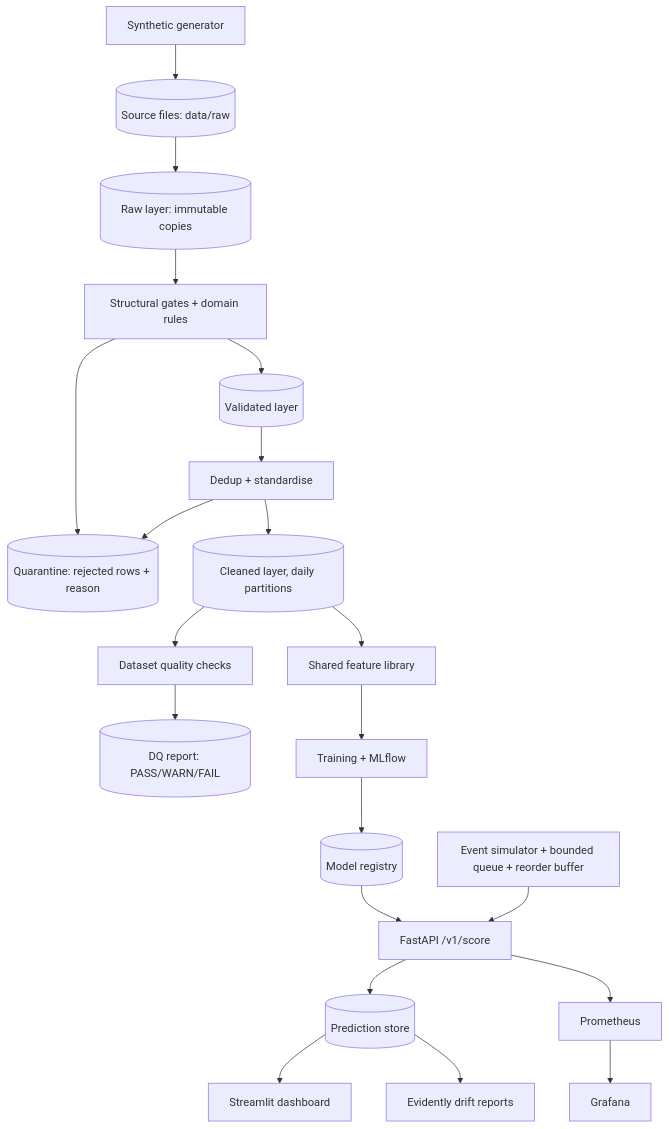
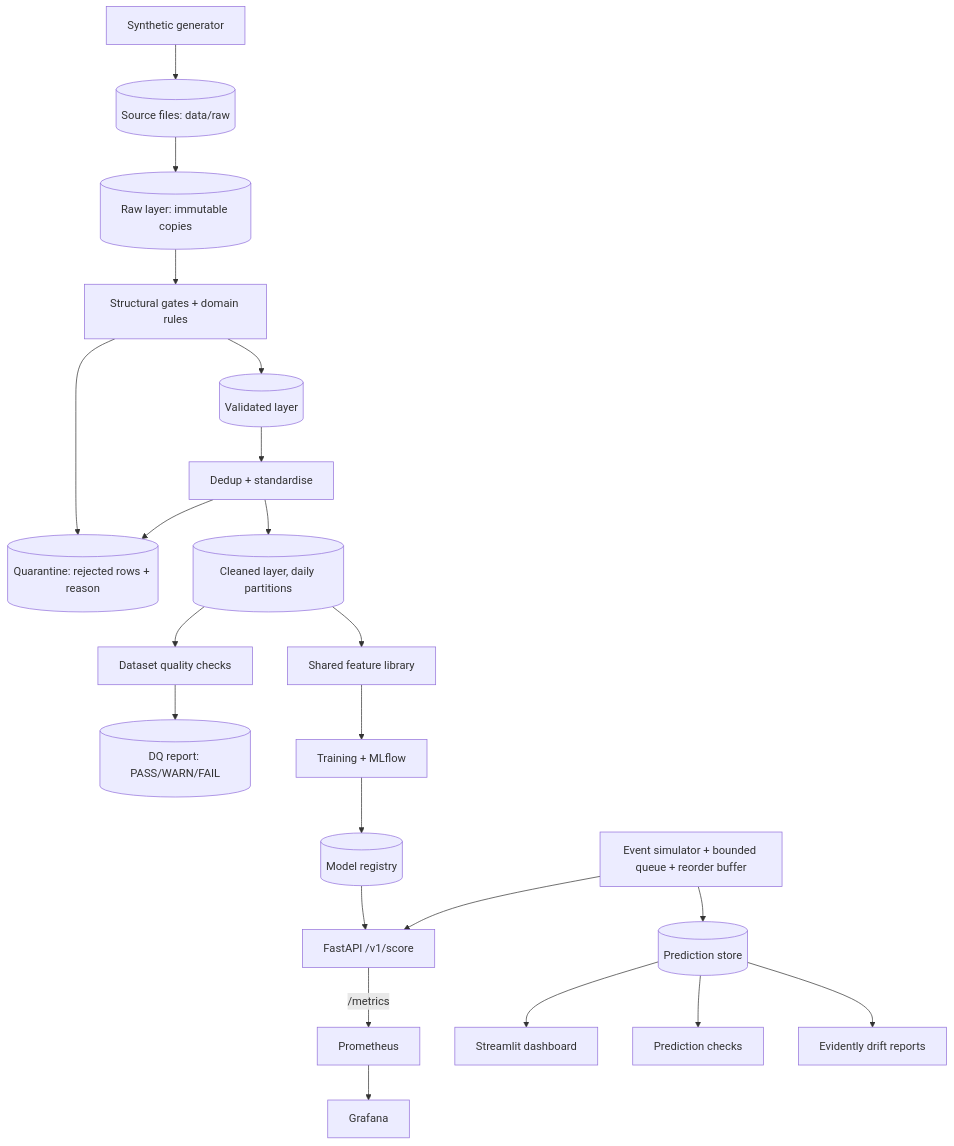
Before and after one commit to Chendy1/mobile-money-fraud-detection-platform: the diagram in docs/architecture.md, drawn with Mermaid. The commit also changed other lines of this file and 10 other files, not shown here.

````diff
--- a/docs/architecture.md
+++ b/docs/architecture.md
@@ -7,22 +7,23 @@
 ```mermaid
 flowchart TB
   G[Synthetic generator] --> L[(Source files: data/raw)]
   L --> RW[(Raw layer: immutable copies)]
   RW --> V[Structural gates + domain rules]
   V --> Q[(Quarantine: rejected rows + reason)]
   V --> VL[(Validated layer)]
   VL --> DD[Dedup + standardise]
   DD --> Q
   DD --> C[(Cleaned layer, daily partitions)]
   C --> DQ[Dataset quality checks]
   DQ --> RP[(DQ report: PASS/WARN/FAIL)]
   C --> F[Shared feature library]
   F --> T[Training + MLflow]
   T --> M[(Model registry)]
   M --> A[FastAPI /v1/score]
   S[Event simulator + bounded queue + reorder buffer] --> A
-  A --> P[(Prediction store)]
+  S --> P[(Prediction store)]
   P --> D[Streamlit dashboard]
-  A --> PR[Prometheus] --> GR[Grafana]
+  P --> MC[Prediction checks]
+  A -->|/metrics| PR[Prometheus] --> GR[Grafana]
   P --> E[Evidently drift reports]
 ```
````
